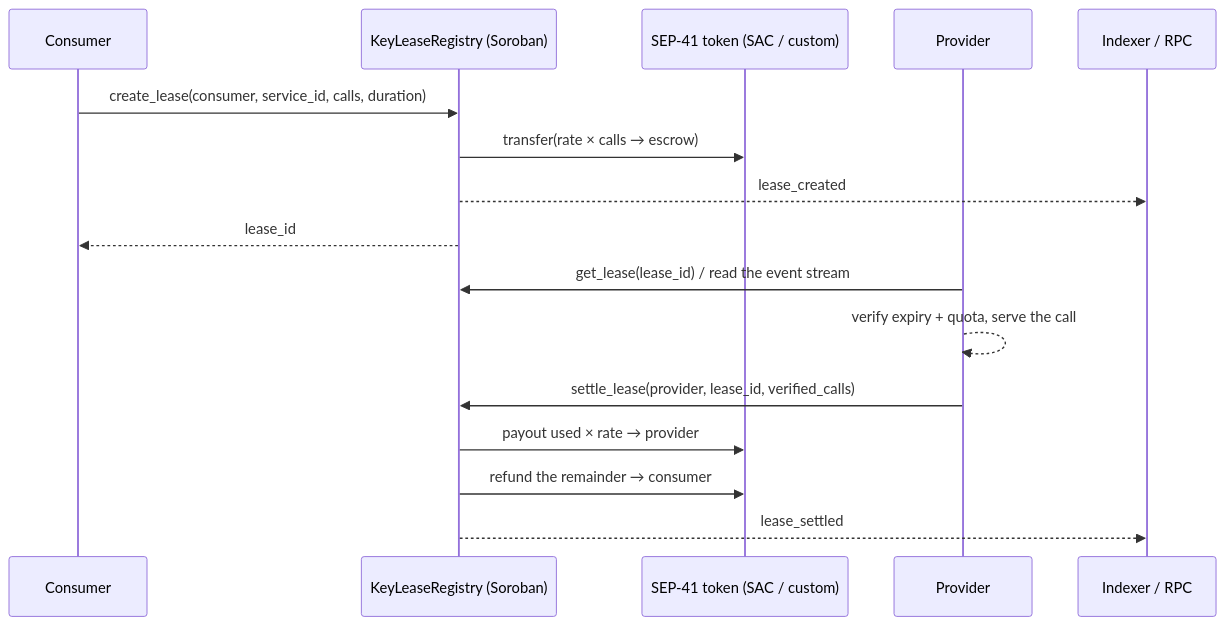
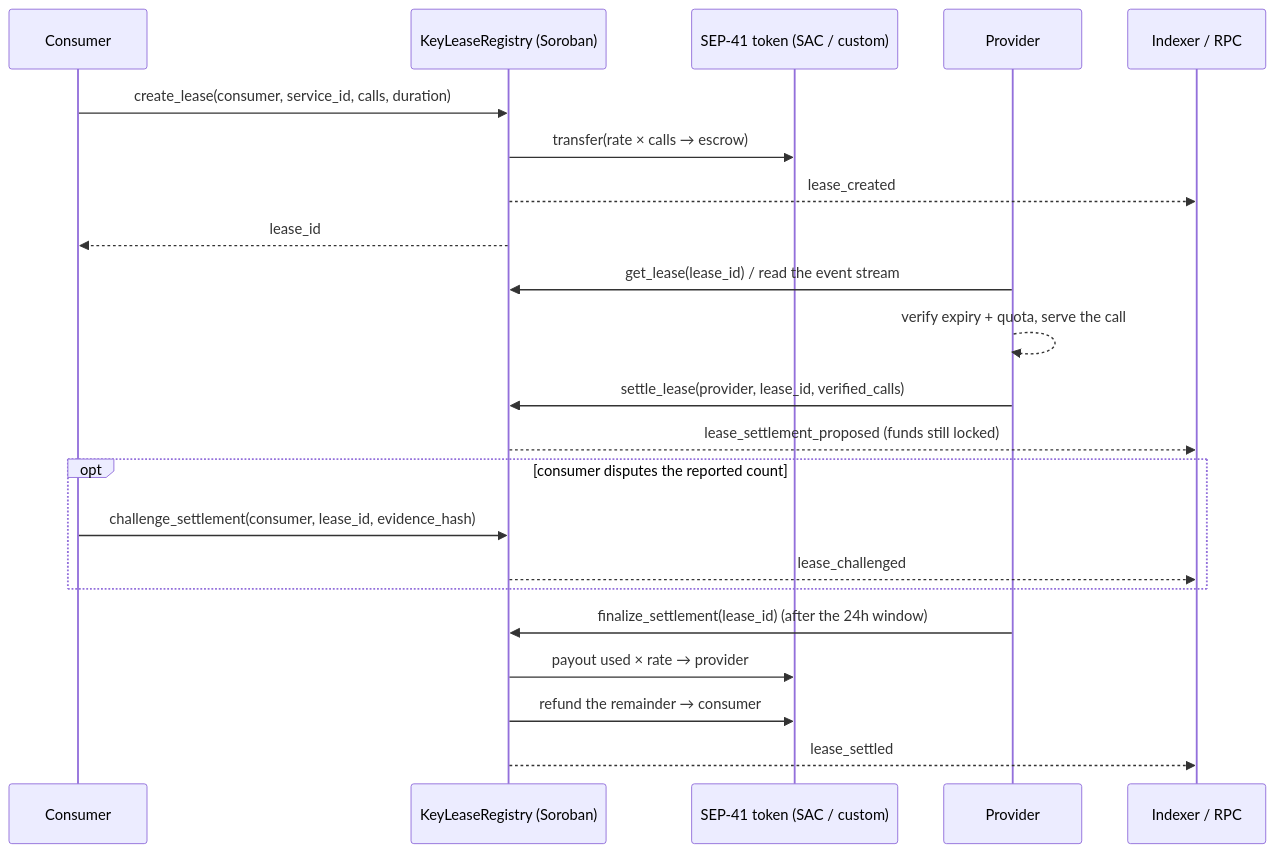
One commit to Adebisi-1/keylease-core changed the diagram in docs/index.md. Above: the diagram before and after it, drawn with Mermaid. The commit also changed 19 other files, not shown here.

First line of the commit message:
Add a consumer challenge window before settlement pays out

````diff
--- a/docs/index.md
+++ b/docs/index.md
@@ -33,19 +33,25 @@
 ```mermaid
 sequenceDiagram
     participant C as Consumer
     participant R as KeyLeaseRegistry (Soroban)
     participant T as SEP-41 token (SAC / custom)
     participant P as Provider
     participant I as Indexer / RPC
 
     C->>R: create_lease(consumer, service_id, calls, duration)
     R->>T: transfer(rate × calls → escrow)
     R-->>I: lease_created
     R-->>C: lease_id
     P->>R: get_lease(lease_id) / read the event stream
     P-->>P: verify expiry + quota, serve the call
     P->>R: settle_lease(provider, lease_id, verified_calls)
+    R-->>I: lease_settlement_proposed (funds still locked)
+    opt consumer disputes the reported count
+        C->>R: challenge_settlement(consumer, lease_id, evidence_hash)
+        R-->>I: lease_challenged
+    end
+    P->>R: finalize_settlement(lease_id) (after the 24h window)
     R->>T: payout used × rate → provider
     R->>T: refund the remainder → consumer
     R-->>I: lease_settled
 ```
````
